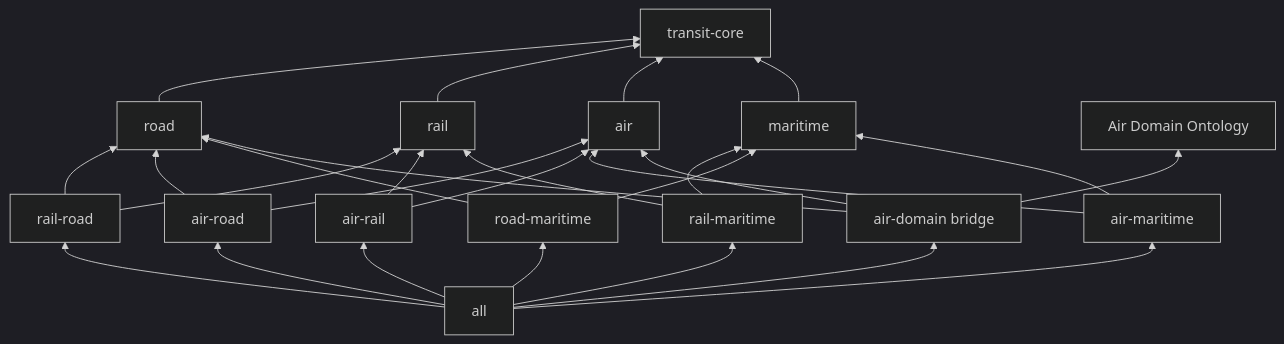
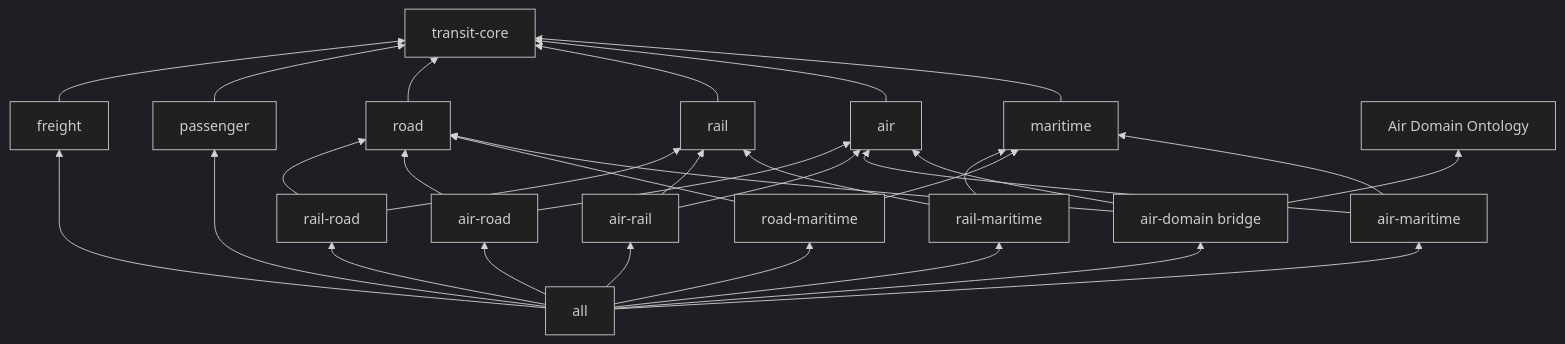
Before and after one commit to Hereuki/Transit_Logistic_Ontology: the diagram in README.md, drawn with Mermaid (dark theme). The commit also changed other lines of this file and 19 other files, not shown here.

````diff
--- a/README.md
+++ b/README.md
@@ -34,30 +36,34 @@
 ```mermaid
 graph BT
     core[transit-core]
+    freight --> core
+    passenger --> core
     road --> core
     rail --> core
     air --> core
     maritime --> core
     rr[rail-road] --> rail
     rr --> road
     ar[air-road] --> air
     ar --> road
     arl[air-rail] --> air
     arl --> rail
     rm[rail-maritime] --> rail
     rm --> maritime
     rdm[road-maritime] --> road
     rdm --> maritime
     am[air-maritime] --> air
     am --> maritime
     adb[air-domain bridge] --> air
     adb --> road
     adb --> ado[Air Domain Ontology]
+    all --> freight
+    all --> passenger
     all --> rr
     all --> ar
     all --> arl
     all --> rm
     all --> rdm
     all --> am
     all --> adb
 ```
````
